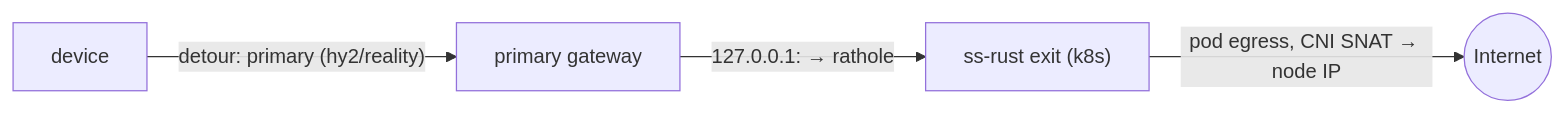
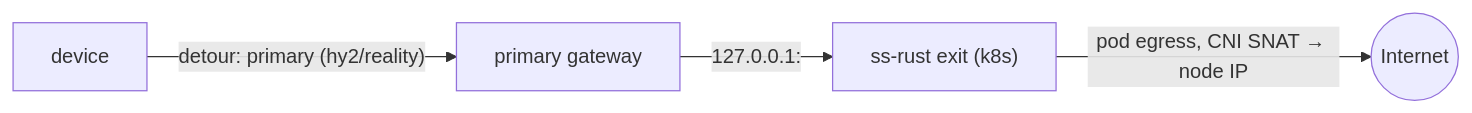
One commit to radiosilence/jaritanet changed the sixth of 6 diagrams in docs/architecture.md. Above: the diagram before and after it, drawn with Mermaid. The commit also changed other lines of this file and 31 other files, not shown here.

````diff
--- a/docs/architecture.md
+++ b/docs/architecture.md
@@ -560,6 +559,6 @@
 ```mermaid
 flowchart LR
     DEV["device"] -->|"detour: primary (hy2/reality)"| GW["primary gateway"]
-    GW -->|"127.0.0.1:<port> → rathole"| SS["ss-rust exit (k8s)"]
+    GW -->|"127.0.0.1:<port>"| SS["ss-rust exit (k8s)"]
     SS -->|"pod egress, CNI SNAT → node IP"| INET(("Internet"))
 ```
````
